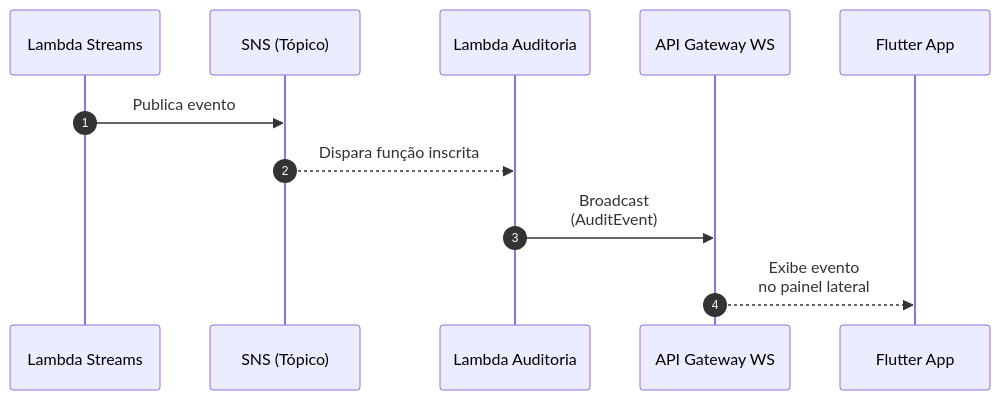
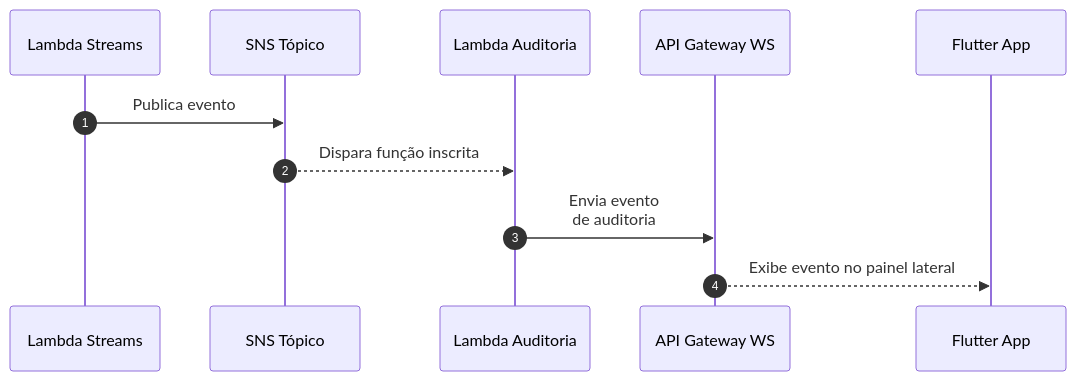
Before and after one commit to vitorang/CloudFlow: the second of 3 diagrams in README.md, drawn with Mermaid. The commit also changed other lines of this file and 16 other files, not shown here.

Commit message:
Upload de arquivo pelo app e correções na API

````diff
--- a/README.md
+++ b/README.md
@@ -34,8 +39,8 @@
 ```mermaid
 sequenceDiagram
     autonumber
-    Lambda Streams->>SNS (Tópico): Publica evento
-    SNS (Tópico)-->>Lambda Auditoria: Dispara função inscrita
-    Lambda Auditoria->>API Gateway WS: Broadcast<br/>(AuditEvent)
-    API Gateway WS-->>Flutter App: Exibe evento<br/>no painel lateral
+    Lambda Streams->>SNS Tópico: Publica evento
+    SNS Tópico-->>Lambda Auditoria: Dispara função inscrita
+    Lambda Auditoria->>API Gateway WS: Envia evento<br/>de auditoria
+    API Gateway WS-->>Flutter App: Exibe evento no painel lateral
 ```
````
